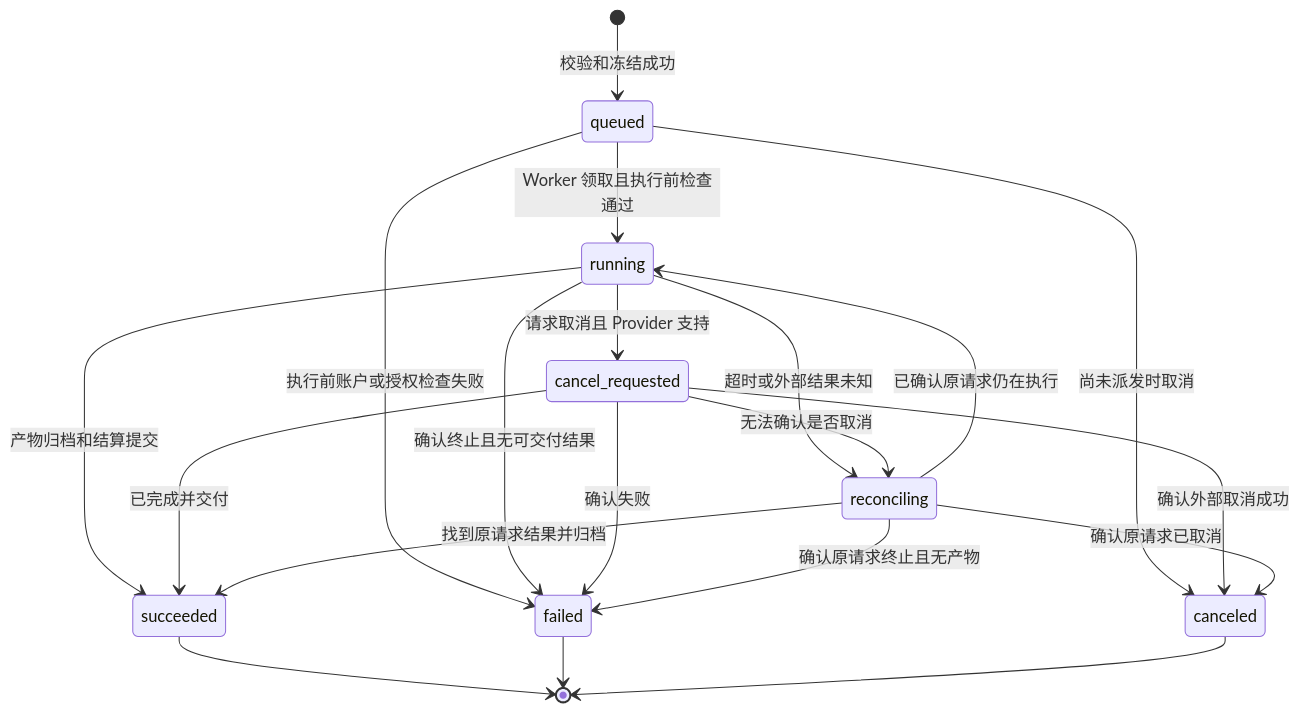
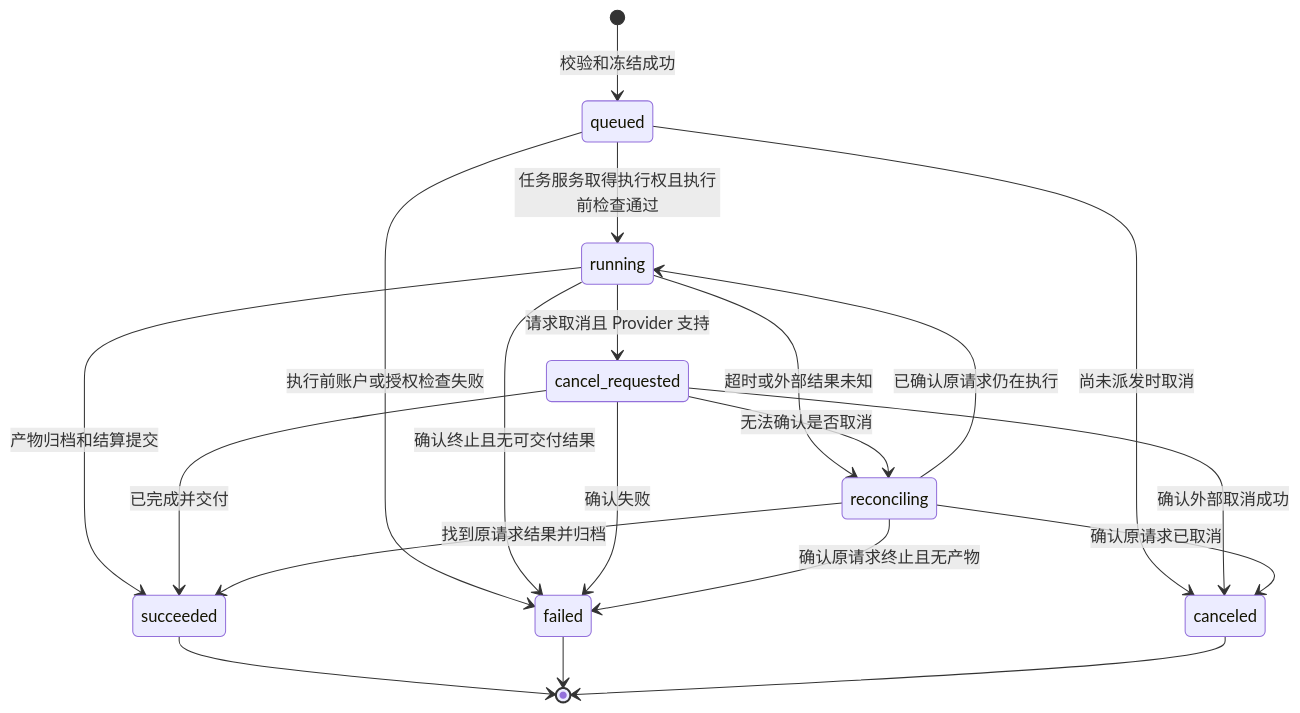
One commit to A-Words/museflow changed the second of 2 diagrams in docs/WORKFLOWS.md. Above: the diagram before and after it, drawn with Mermaid. The commit also changed other lines of this file and 8 other files, not shown here.

````diff
--- a/docs/WORKFLOWS.md
+++ b/docs/WORKFLOWS.md
@@ -60,22 +60,22 @@
 ```mermaid
 stateDiagram-v2
     [*] --> queued: 校验和冻结成功
-    queued --> running: Worker 领取且执行前检查通过
+    queued --> running: 任务服务取得执行权且执行前检查通过
     queued --> failed: 执行前账户或授权检查失败
     queued --> canceled: 尚未派发时取消
     running --> succeeded: 产物归档和结算提交
     running --> failed: 确认终止且无可交付结果
     running --> reconciling: 超时或外部结果未知
     running --> cancel_requested: 请求取消且 Provider 支持
     cancel_requested --> canceled: 确认外部取消成功
     cancel_requested --> succeeded: 已完成并交付
     cancel_requested --> failed: 确认失败
     cancel_requested --> reconciling: 无法确认是否取消
     reconciling --> running: 已确认原请求仍在执行
     reconciling --> succeeded: 找到原请求结果并归档
     reconciling --> failed: 确认原请求终止且无产物
     reconciling --> canceled: 确认原请求已取消
     succeeded --> [*]
     failed --> [*]
     canceled --> [*]
 ```
````
